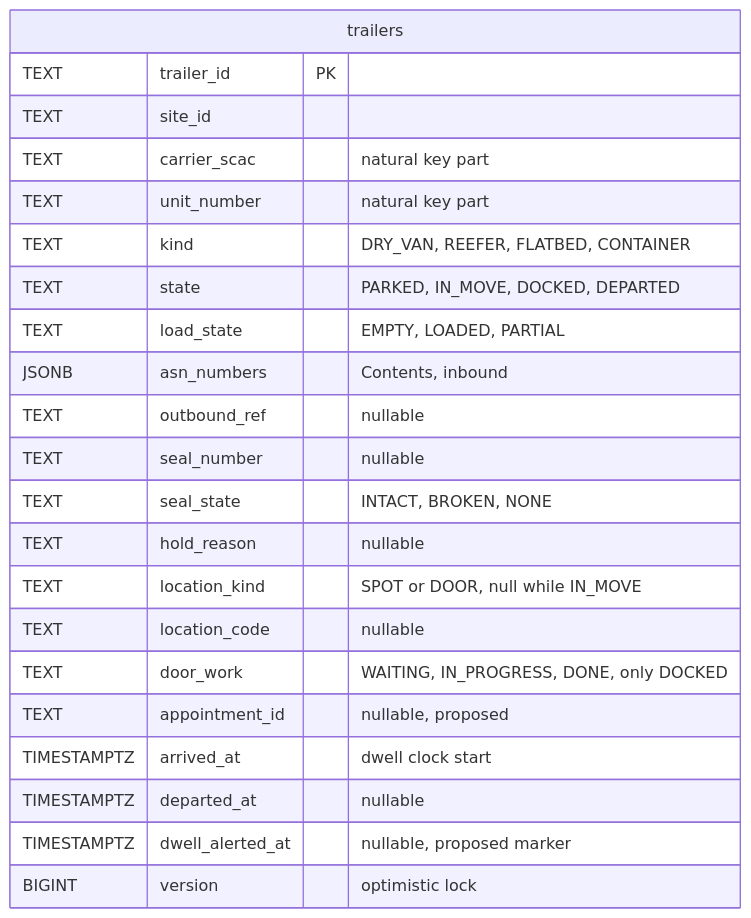
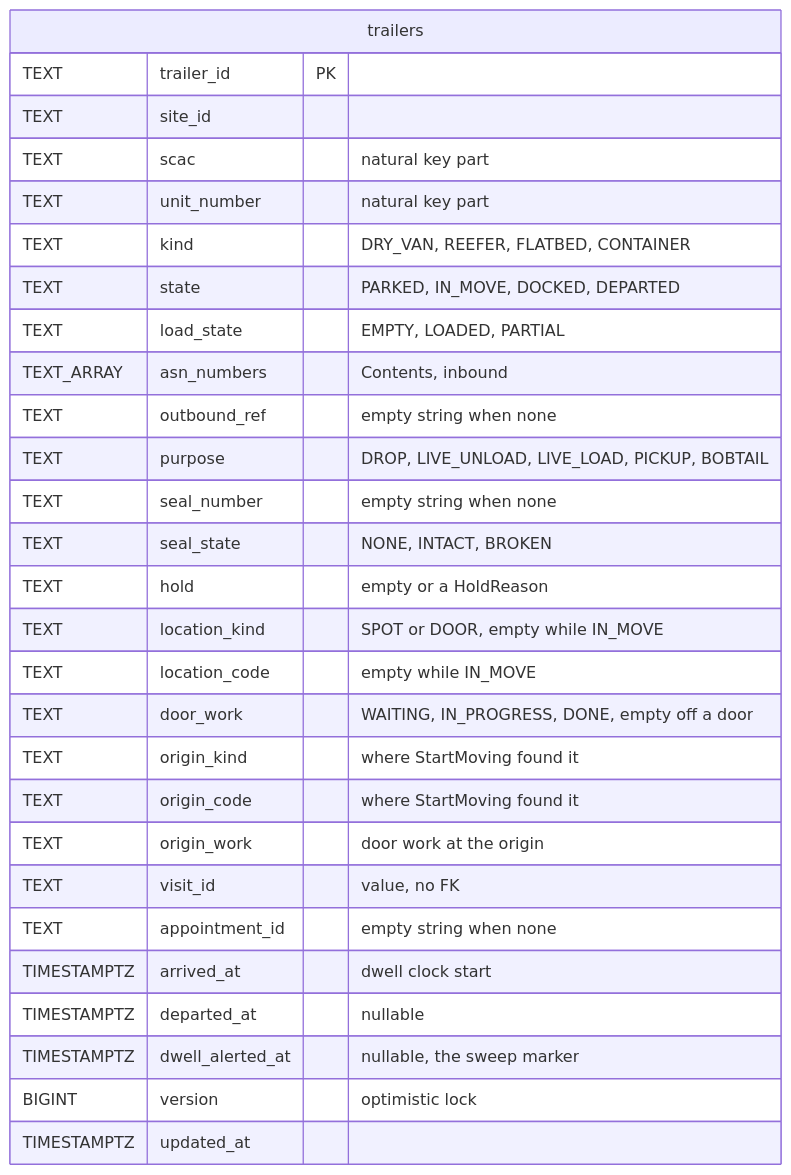
Before and after one commit to IQVO/warehouse-docs: the second of 8 diagrams in yard/docs/contexts/yard-management/entity-relationship.md, drawn with Mermaid. The commit also changed other lines of this file and 51 other files, not shown here.

````diff
--- a/yard/docs/contexts/yard-management/entity-relationship.md
+++ b/yard/docs/contexts/yard-management/entity-relationship.md
@@ -53,26 +52,32 @@
 ```mermaid
 erDiagram
     direction LR
     trailers {
         TEXT trailer_id PK
         TEXT site_id
-        TEXT carrier_scac "natural key part"
+        TEXT scac "natural key part"
         TEXT unit_number "natural key part"
         TEXT kind "DRY_VAN, REEFER, FLATBED, CONTAINER"
         TEXT state "PARKED, IN_MOVE, DOCKED, DEPARTED"
         TEXT load_state "EMPTY, LOADED, PARTIAL"
-        JSONB asn_numbers "Contents, inbound"
-        TEXT outbound_ref "nullable"
-        TEXT seal_number "nullable"
-        TEXT seal_state "INTACT, BROKEN, NONE"
-        TEXT hold_reason "nullable"
-        TEXT location_kind "SPOT or DOOR, null while IN_MOVE"
-        TEXT location_code "nullable"
-        TEXT door_work "WAITING, IN_PROGRESS, DONE, only DOCKED"
-        TEXT appointment_id "nullable, proposed"
+        TEXT_ARRAY asn_numbers "Contents, inbound"
+        TEXT outbound_ref "empty string when none"
+        TEXT purpose "DROP, LIVE_UNLOAD, LIVE_LOAD, PICKUP, BOBTAIL"
+        TEXT seal_number "empty string when none"
+        TEXT seal_state "NONE, INTACT, BROKEN"
+        TEXT hold "empty or a HoldReason"
+        TEXT location_kind "SPOT or DOOR, empty while IN_MOVE"
+        TEXT location_code "empty while IN_MOVE"
+        TEXT door_work "WAITING, IN_PROGRESS, DONE, empty off a door"
+        TEXT origin_kind "where StartMoving found it"
+        TEXT origin_code "where StartMoving found it"
+        TEXT origin_work "door work at the origin"
+        TEXT visit_id "value, no FK"
+        TEXT appointment_id "empty string when none"
         TIMESTAMPTZ arrived_at "dwell clock start"
         TIMESTAMPTZ departed_at "nullable"
-        TIMESTAMPTZ dwell_alerted_at "nullable, proposed marker"
+        TIMESTAMPTZ dwell_alerted_at "nullable, the sweep marker"
         BIGINT version "optimistic lock"
+        TIMESTAMPTZ updated_at
     }
 ```
````
